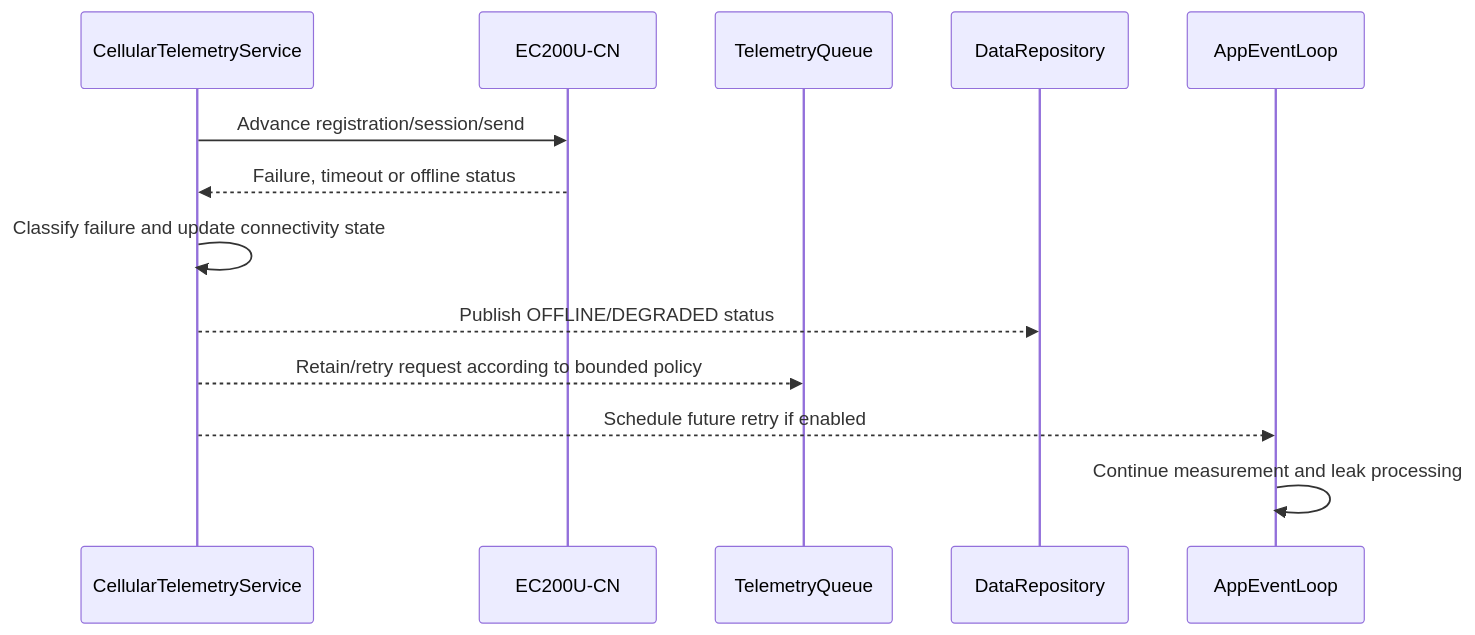
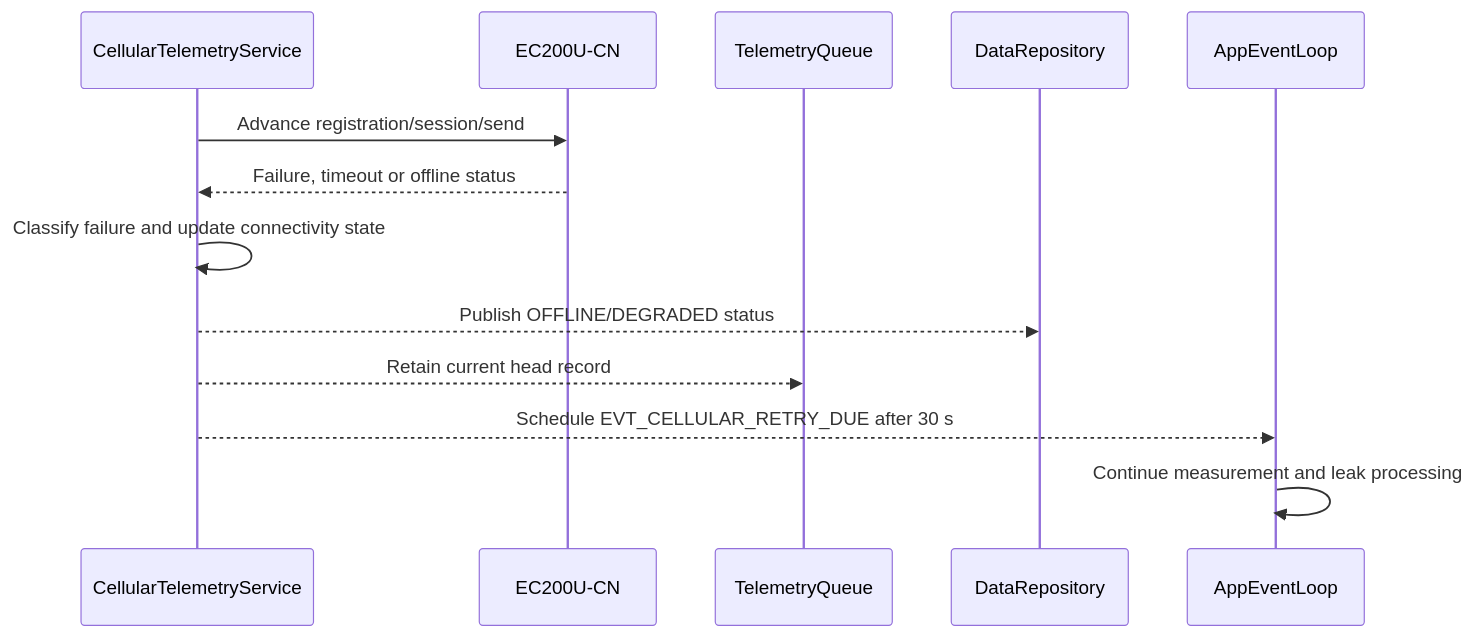
Diagram 20 of 27 in 1.docs/00_overview/05_sequence_diagrams.md (whoisLePhuc/smart-water-flow-pressure-monitor), drawn with Mermaid before and after one commit. The commit also changed other lines of this file and 14 other files, not shown here.

````diff
--- a/1.docs/00_overview/05_sequence_diagrams.md
+++ b/1.docs/00_overview/05_sequence_diagrams.md
@@ -707,16 +707,16 @@
 ```mermaid
 sequenceDiagram
     participant CELL as CellularTelemetryService
     participant MODEM as EC200U-CN
     participant TQ as TelemetryQueue
     participant DR as DataRepository
     participant EL as AppEventLoop
 
     CELL->>MODEM: Advance registration/session/send
     MODEM-->>CELL: Failure, timeout or offline status
     CELL->>CELL: Classify failure and update connectivity state
     CELL-->>DR: Publish OFFLINE/DEGRADED status
-    CELL-->>TQ: Retain/retry request according to bounded policy
-    CELL-->>EL: Schedule future retry if enabled
+    CELL-->>TQ: Retain current head record
+    CELL-->>EL: Schedule EVT_CELLULAR_RETRY_DUE after 30 s
     EL->>EL: Continue measurement and leak processing
 ```
````
